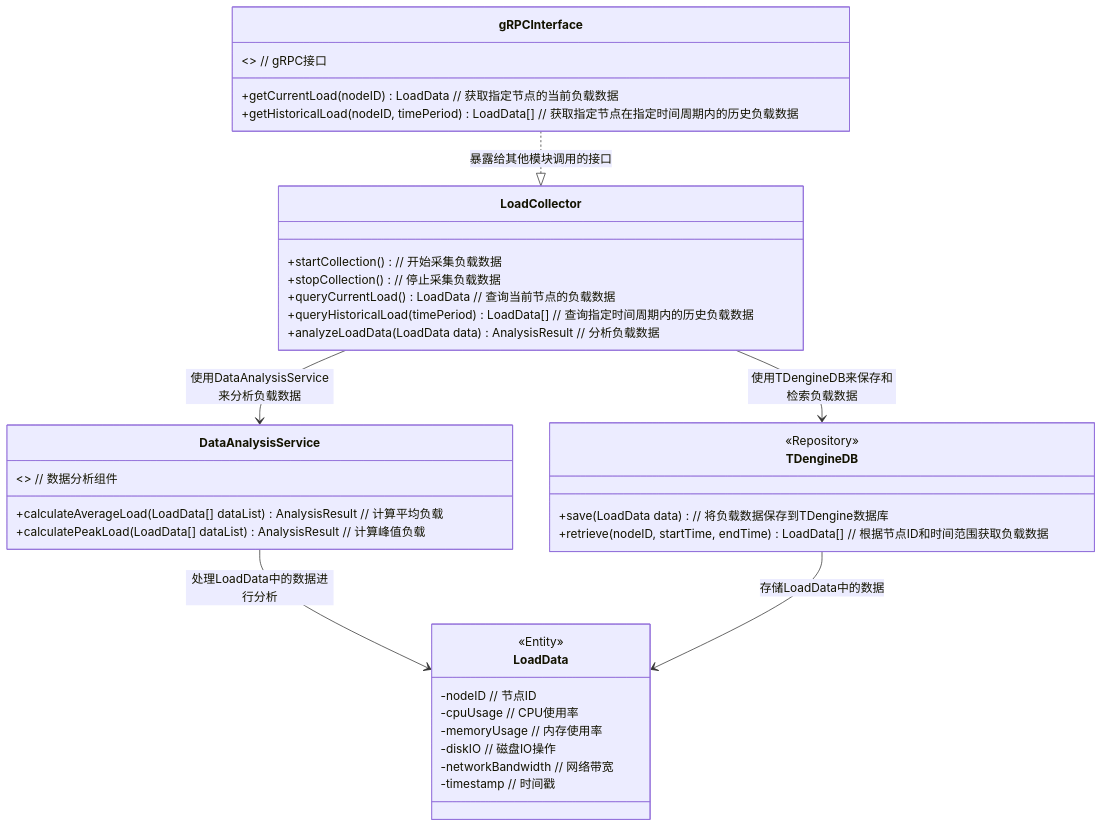
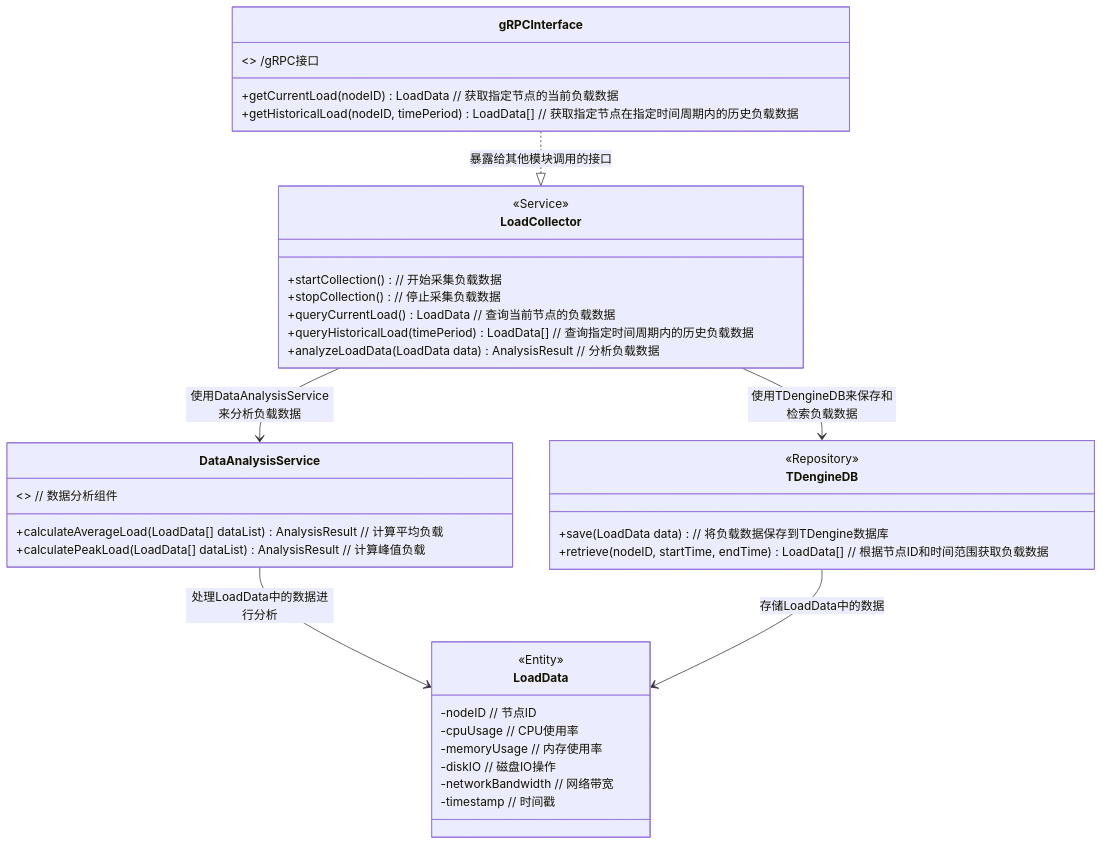
One commit to jjj960/iodraw-files changed the diagram in all/未命名.md. Above: the diagram before and after it, drawn with Mermaid.

Commit message:
2025-03-06 17:01:10 update

````diff
--- a/all/未命名.md
+++ b/all/未命名.md
@@ -1,45 +1,46 @@
 ```mermaid
 classDiagram
     class LoadCollector {
+        <<Service>> 
         +startCollection()  // 开始采集负载数据
         +stopCollection()  // 停止采集负载数据
         +queryCurrentLoad() LoadData  // 查询当前节点的负载数据
         +queryHistoricalLoad(timePeriod) LoadData[]  // 查询指定时间周期内的历史负载数据
         +analyzeLoadData(LoadData data) AnalysisResult  // 分析负载数据
     }
 
     class LoadData {
         <<Entity>> 
         -nodeID  // 节点ID
         -cpuUsage  // CPU使用率
         -memoryUsage  // 内存使用率
         -diskIO  // 磁盘IO操作
         -networkBandwidth  // 网络带宽
         -timestamp  // 时间戳
     }
 
     class TDengineDB {
         <<Repository>>
         +save(LoadData data)  // 将负载数据保存到TDengine数据库
         +retrieve(nodeID, startTime, endTime) LoadData[]  // 根据节点ID和时间范围获取负载数据
     }
 
     class DataAnalysisService {
         <<Component>>  // 数据分析组件
         +calculateAverageLoad(LoadData[] dataList) AnalysisResult  // 计算平均负载
         +calculatePeakLoad(LoadData[] dataList) AnalysisResult  // 计算峰值负载
     }
 
     LoadCollector --> TDengineDB : 使用TDengineDB来保存和检索负载数据
     LoadCollector --> DataAnalysisService : 使用DataAnalysisService来分析负载数据
     DataAnalysisService --> LoadData : 处理LoadData中的数据进行分析
     TDengineDB --> LoadData : 存储LoadData中的数据
 
     class gRPCInterface {
-        <<Interface>>  // gRPC接口
+        <<Interface>>  /gRPC接口
         +getCurrentLoad(nodeID) LoadData  // 获取指定节点的当前负载数据
         +getHistoricalLoad(nodeID, timePeriod) LoadData[]  // 获取指定节点在指定时间周期内的历史负载数据
     }
 
     gRPCInterface ..|> LoadCollector : 暴露给其他模块调用的接口
 ```
````
